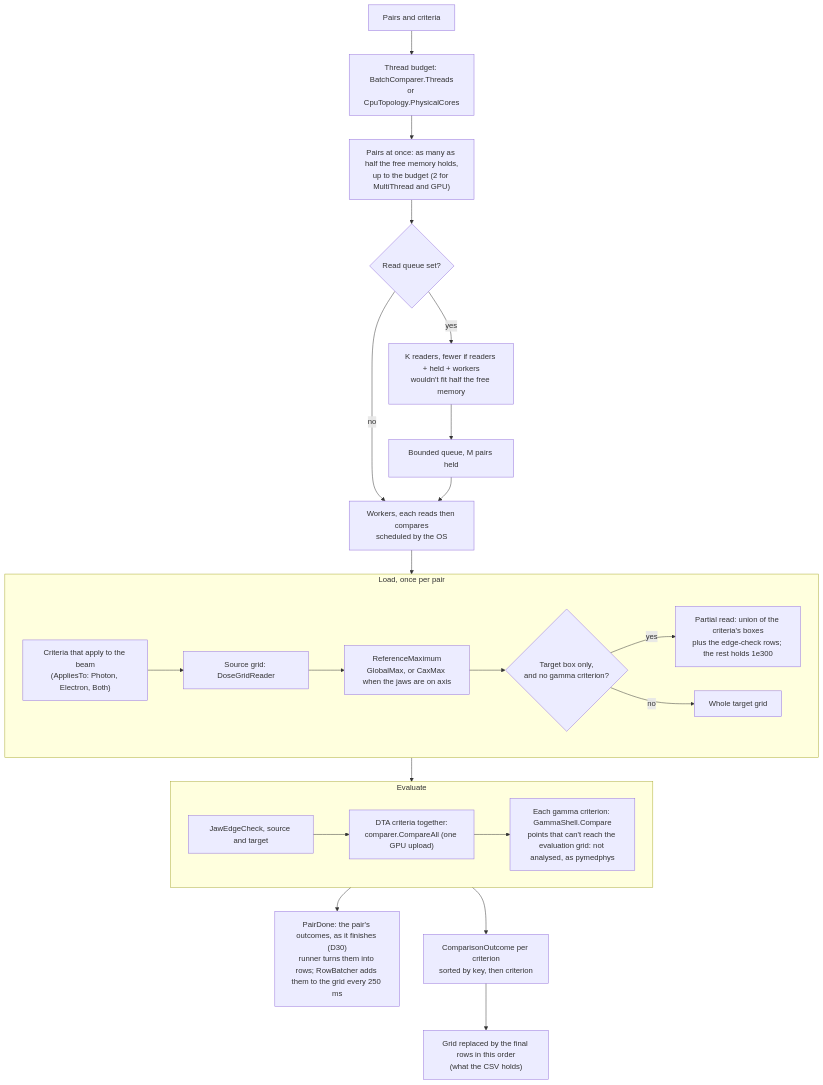
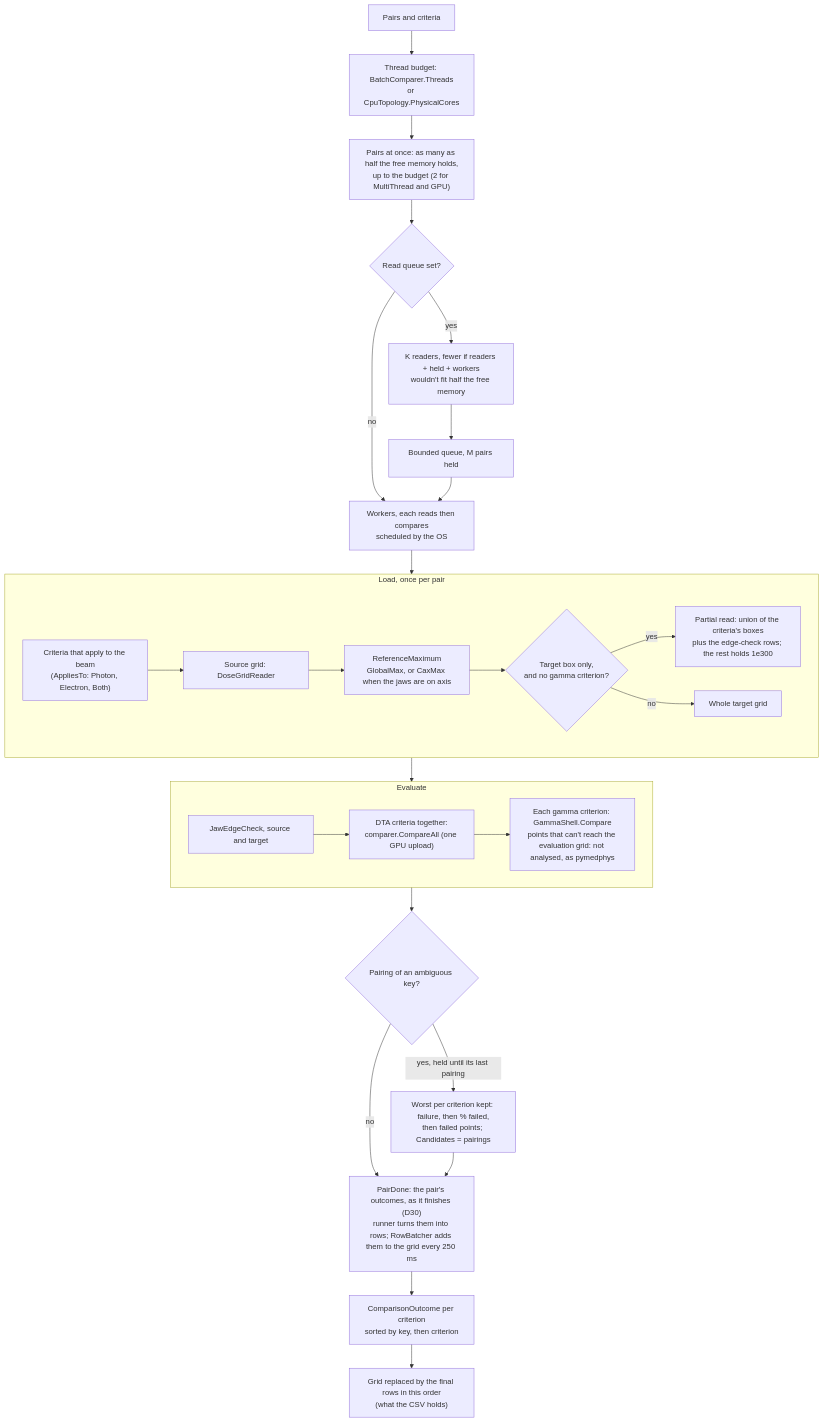
The second of 4 diagrams in design/data-flow.md (crcrewso/DicomStrictCompare), drawn with Mermaid before and after one commit. The commit also changed other lines of this file and 17 other files, not shown here.

First line of the commit message:
Matching: compare every pairing of an ambiguous key and keep the worst; plan + beam name keys

````diff
--- a/design/data-flow.md
+++ b/design/data-flow.md
@@ -30,24 +30,28 @@
 ```mermaid
 flowchart TD
     pairs["Pairs and criteria"] --> budget["Thread budget: BatchComparer.Threads<br/>or CpuTopology.PhysicalCores"]
     budget --> atonce["Pairs at once: as many as half the free memory holds,<br/>up to the budget (2 for MultiThread and GPU)"]
     atonce --> mode{"Read queue set?"}
     mode -- no --> workers["Workers, each reads then compares<br/>scheduled by the OS"]
     mode -- yes --> readers["K readers, fewer if readers + held + workers<br/>wouldn't fit half the free memory"] --> channel["Bounded queue, M pairs held"] --> workers
     workers --> load
     subgraph load["Load, once per pair"]
         applies["Criteria that apply to the beam<br/>(AppliesTo: Photon, Electron, Both)"] --> src["Source grid: DoseGridReader"]
         src --> max["ReferenceMaximum<br/>GlobalMax, or CaxMax when the jaws are on axis"]
         max --> tgt{"Target box only,<br/>and no gamma criterion?"}
         tgt -- yes --> part["Partial read: union of the criteria's boxes<br/>plus the edge-check rows; the rest holds 1e300"]
         tgt -- no --> whole["Whole target grid"]
     end
     load --> evaluate
     subgraph evaluate["Evaluate"]
         edges["JawEdgeCheck, source and target"] --> dta["DTA criteria together:<br/>comparer.CompareAll (one GPU upload)"]
         dta --> gamma["Each gamma criterion: GammaShell.Compare<br/>points that can't reach the evaluation grid: not analysed, as pymedphys"]
     end
-    evaluate --> done["PairDone: the pair's outcomes, as it finishes (D30)<br/>runner turns them into rows; RowBatcher adds them to the grid every 250 ms"]
-    evaluate --> outcomes["ComparisonOutcome per criterion<br/>sorted by key, then criterion"]
+    evaluate --> worst{"Pairing of an ambiguous key?"}
+    worst -- "yes, held until its last pairing" --> keep["Worst per criterion kept: failure, then % failed,<br/>then failed points; Candidates = pairings"]
+    worst -- no --> done
+    keep --> done
+    done["PairDone: the pair's outcomes, as it finishes (D30)<br/>runner turns them into rows; RowBatcher adds them to the grid every 250 ms"]
+    done --> outcomes["ComparisonOutcome per criterion<br/>sorted by key, then criterion"]
     outcomes --> final["Grid replaced by the final rows in this order<br/>(what the CSV holds)"]
 ```
````
